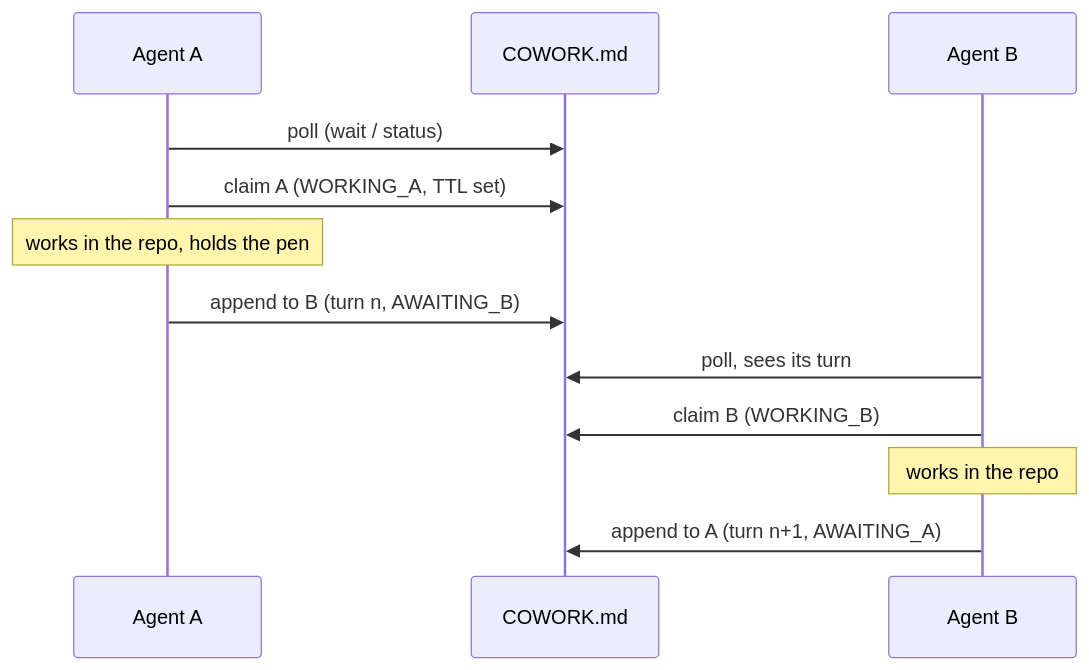
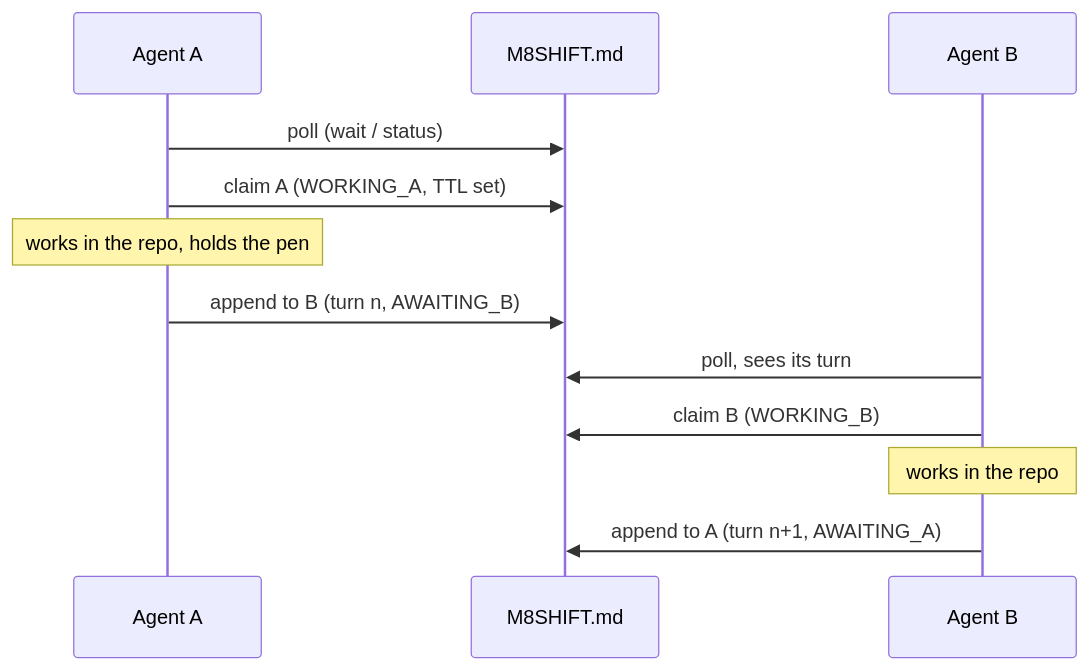
The third of 3 diagrams in docs/en/architecture.md (M8Shift/M8Shift), drawn with Mermaid before and after one commit. The commit also changed other lines of this file and 13 other files, not shown here.

````diff
--- a/docs/en/architecture.md
+++ b/docs/en/architecture.md
@@ -101,14 +101,14 @@
 ```mermaid
 sequenceDiagram
     participant A as Agent A
-    participant F as COWORK.md
+    participant F as M8SHIFT.md
     participant B as Agent B
     A->>F: poll (wait / status)
     A->>F: claim A (WORKING_A, TTL set)
     Note over A: works in the repo, holds the pen
     A->>F: append to B (turn n, AWAITING_B)
     B->>F: poll, sees its turn
     B->>F: claim B (WORKING_B)
     Note over B: works in the repo
     B->>F: append to A (turn n+1, AWAITING_A)
 ```
````
